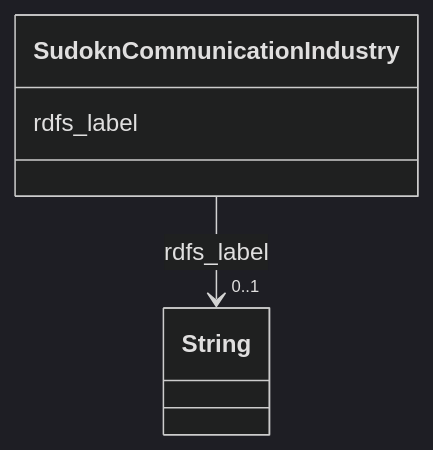
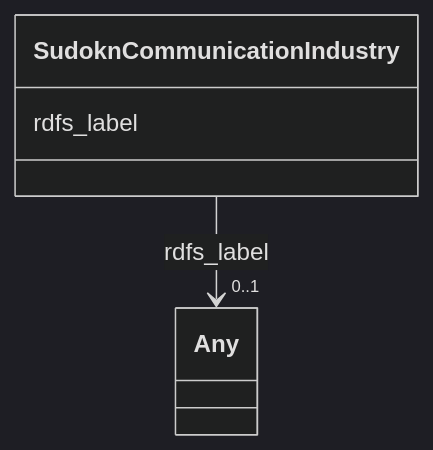
The diagram in sudokn-kg/classes/SudoknCommunicationIndustry.md (frink-okn/graph-descriptions), drawn with Mermaid (dark theme) before and after one commit. The commit also changed other lines of this file and 903 other files, not shown here.

````diff
--- a/sudokn-kg/classes/SudoknCommunicationIndustry.md
+++ b/sudokn-kg/classes/SudoknCommunicationIndustry.md
@@ -23,15 +18,15 @@
 ```mermaid
  classDiagram
     class SudoknCommunicationIndustry
     click SudoknCommunicationIndustry href "../SudoknCommunicationIndustry"
       SudoknCommunicationIndustry : rdfs_label
         
           
     
     
-    SudoknCommunicationIndustry --> "0..1" String : rdfs_label
-    click String href "../String"
+    SudoknCommunicationIndustry --> "0..1" Any : rdfs_label
+    click Any href "../Any"
 
         
       
 ```
````
